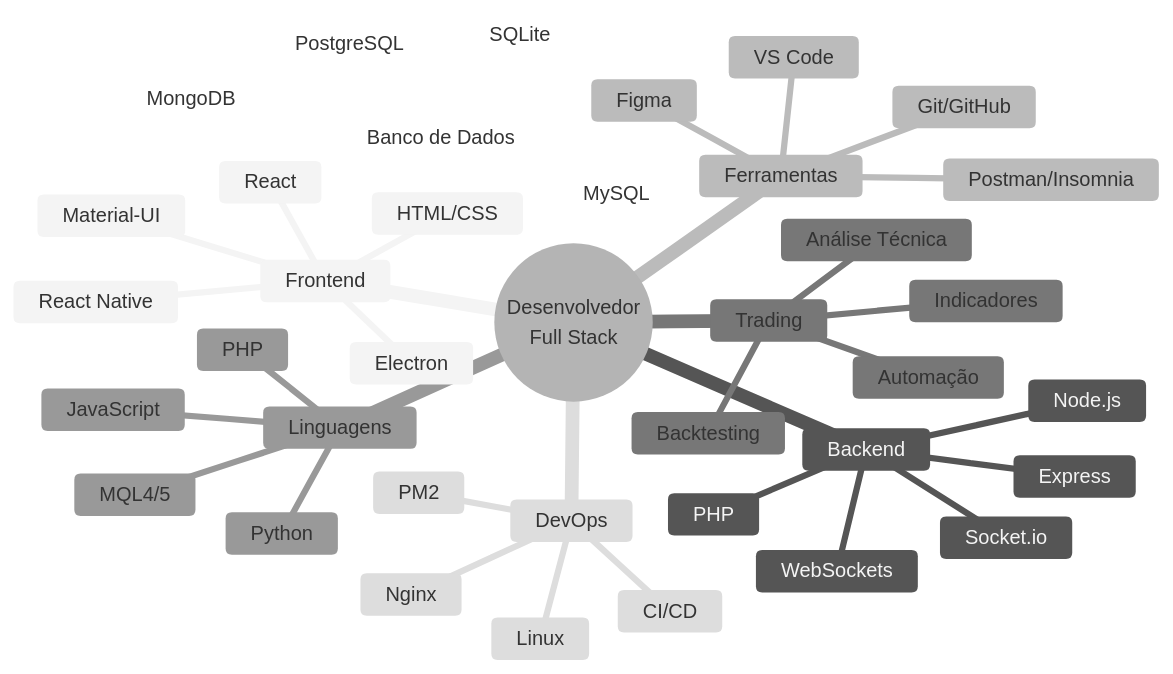
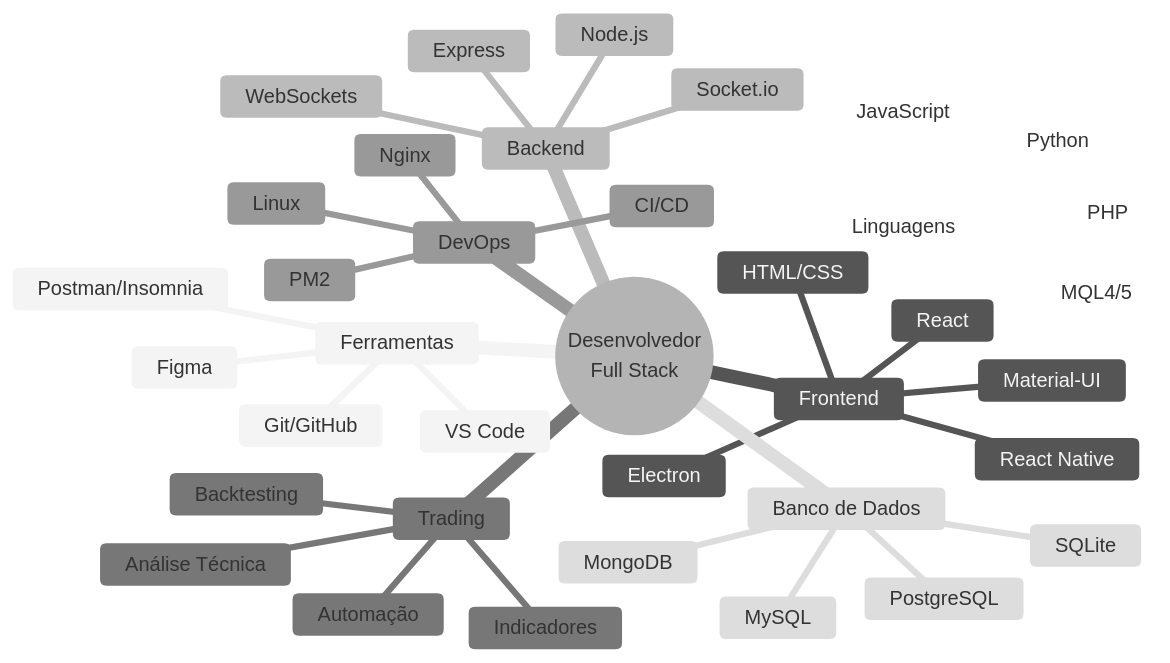
One commit to AlesonPungirum/AlesonPungirum changed the first of 4 diagrams in README.md. Above: the diagram before and after it, drawn with Mermaid (neutral theme).

````diff
--- a/README.md
+++ b/README.md
@@ -38,41 +38,40 @@
 ```mermaid
 mindmap
   root((Desenvolvedor<br/>Full Stack))
+    Ferramentas
+      VS Code
+      Git/GitHub
+      Postman/Insomnia
+      Figma
     Frontend
       React
       React Native
       HTML/CSS
       Material-UI
       Electron
     Backend
       Node.js
-      PHP
       Socket.io
       Express
       WebSockets
-    Ferramentas
-      VS Code
-      Git/GitHub
-      Postman/Insomnia
-      Figma
     Trading
       Análise Técnica
       Indicadores
       Backtesting
       Automação
-    Linguagens
-      JavaScript
-      Python
-      PHP
-      MQL4/5
     DevOps
       Linux
       Nginx
       PM2
       CI/CD
     Banco de Dados
       MySQL
       MongoDB
       PostgreSQL
       SQLite
+    Linguagens
+      JavaScript
+      Python
+      PHP
+      MQL4/5
 ```
````
